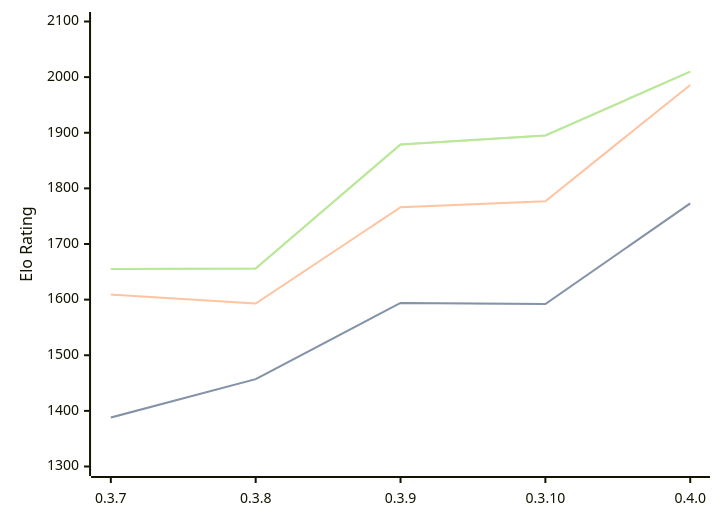
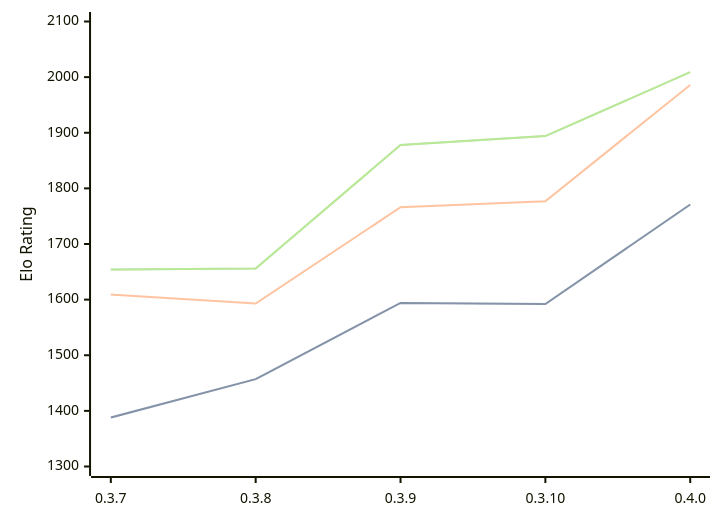
One commit to computer-chess-index/cci changed the diagram in engines/Arche.md. Above: the diagram before and after it, drawn with Mermaid. The commit also changed other lines of this file, not shown here.

Commit message:
Update CCI Ratings (ELO VLTC) - 2026-09-21

````diff
--- a/engines/Arche.md
+++ b/engines/Arche.md
@@ -40,11 +40,11 @@
 ```mermaid
 %%{init: {"theme":"base","themeVariables":{"seriesColors:['#a3a3a3','#222221','#faa371']}}}%%
 xychart-beta
   x-axis ["0.3.7", "0.3.8", "0.3.9", "0.3.10", "0.4.0"]
   y-axis "Elo Rating" 1300 --> 2100
-  line "" [1388, 1457, 1594, 1592, 1773]
-  line "STC (8.0+0.08s)" [1388, 1457, 1594, 1592, 1773]
+  line "" [1388, 1457, 1594, 1592, 1771]
+  line "STC (8.0+0.08s)" [1388, 1457, 1594, 1592, 1771]
   line "LTC (60.0+0.60s)" [1609, 1593, 1766, 1777, 1986]
-  line "" [1655, 1656, 1879, 1895, 2010]
-  line "VLTC (2m24s+1.12s)" [1655, 1656, 1879, 1895, 2010]
+  line "" [1654, 1656, 1878, 1894, 2009]
+  line "VLTC (2m24s+1.12s)" [1654, 1656, 1878, 1894, 2009]
 ```
````
